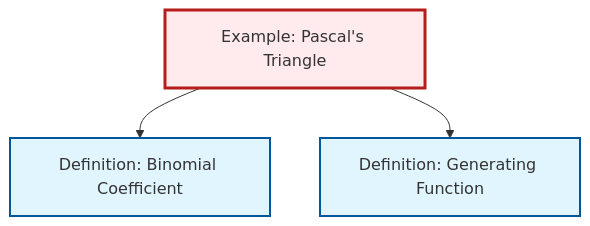
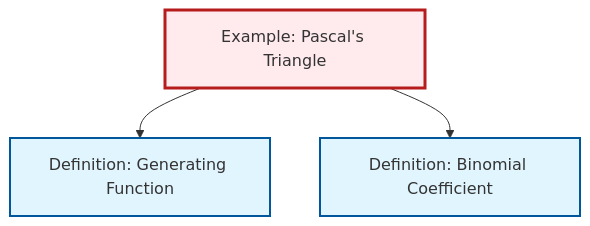
The diagram in content/en/combinatorics/ex-pascals-triangle.qmd (RK0429/ModernMath), drawn with Mermaid before and after one commit. The commit also changed other lines of this file and 581 other files, not shown here.

````diff
--- a/content/en/combinatorics/ex-pascals-triangle.qmd
+++ b/content/en/combinatorics/ex-pascals-triangle.qmd
@@ -72,17 +72,17 @@
 ```{mermaid}
 %%| fig-cap: "Local dependency graph"
 graph TD
     classDef definition fill:#e1f5fe,stroke:#01579b,stroke-width:2px
     classDef theorem fill:#f3e5f5,stroke:#4a148c,stroke-width:2px
     classDef axiom fill:#fff3e0,stroke:#e65100,stroke-width:2px
     classDef example fill:#e8f5e9,stroke:#1b5e20,stroke-width:2px
     classDef current fill:#ffebee,stroke:#b71c1c,stroke-width:3px
+    def-generating-function["Definition: Generating Function"]:::definition
+    def-binomial-coefficient["Definition: Binomial Coefficient"]:::definition
     ex-pascals-triangle["Example: Pascal's Triangle"]:::example
-    def-binomial-coefficient["Definition: Binomial Coefficient"]:::definition
-    def-generating-function["Definition: Generating Function"]:::definition
+    ex-pascals-triangle --> def-generating-function
     ex-pascals-triangle --> def-binomial-coefficient
-    ex-pascals-triangle --> def-generating-function
     class ex-pascals-triangle current
+    click def-generating-function "def-generating-function.html" "Go to Generating Function definition"
     click def-binomial-coefficient "def-binomial-coefficient.html" "Go to Binomial Coefficient definition"
-    click def-generating-function "def-generating-function.html" "Go to Generating Function definition"
 ```
````
